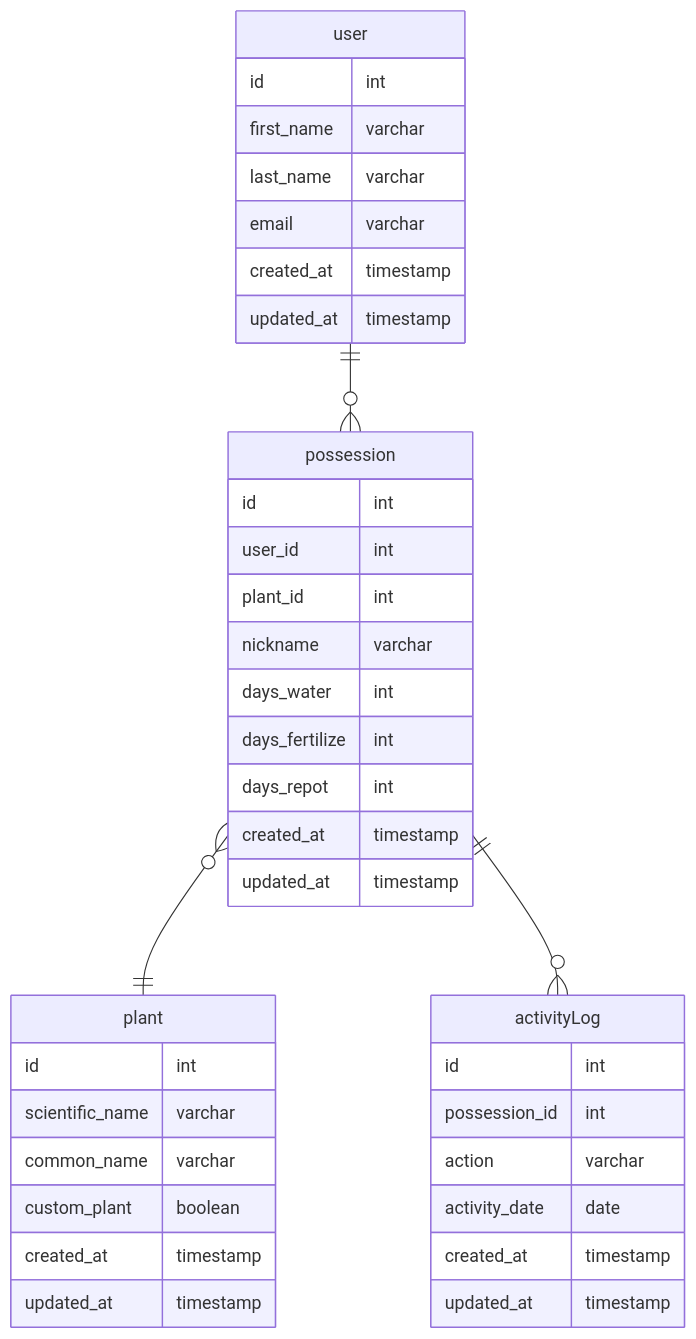
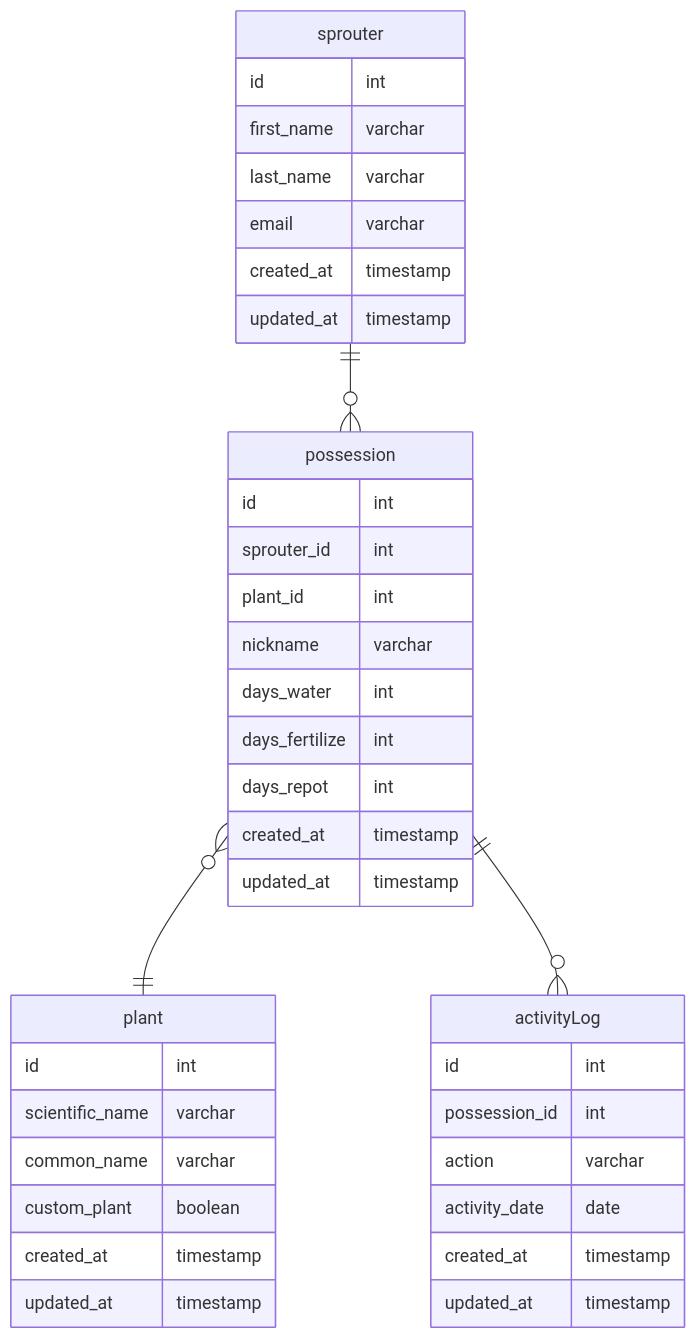
The diagram in docs/brainstorm.md (michael-lok/sprout), drawn with Mermaid before and after one commit. The commit also changed other lines of this file and 1 other file, not shown here.

Commit message:
init sprouter model

````diff
--- a/docs/brainstorm.md
+++ b/docs/brainstorm.md
@@ -32,47 +32,47 @@
 ```mermaid
 erDiagram
 
-user {
+sprouter {
     id int
     first_name varchar
     last_name varchar
     email varchar
     created_at timestamp
     updated_at timestamp
 }
 
 plant {
     id int
     scientific_name varchar
     common_name varchar
     custom_plant boolean
     created_at timestamp
     updated_at timestamp
 }
 
 possession {
     id int
-    user_id int
+    sprouter_id int
     plant_id int
     nickname varchar
     days_water int
     days_fertilize int
     days_repot int
     created_at timestamp
     updated_at timestamp
 }
 
 activityLog {
     id int
     possession_id int
     action varchar
     activity_date date
     created_at timestamp
     updated_at timestamp
 }
 
 
-user ||--o{ possession : ""
+sprouter ||--o{ possession : ""
 possession }o--|| plant : ""
 possession ||--o{ activityLog : ""
 ```
````
